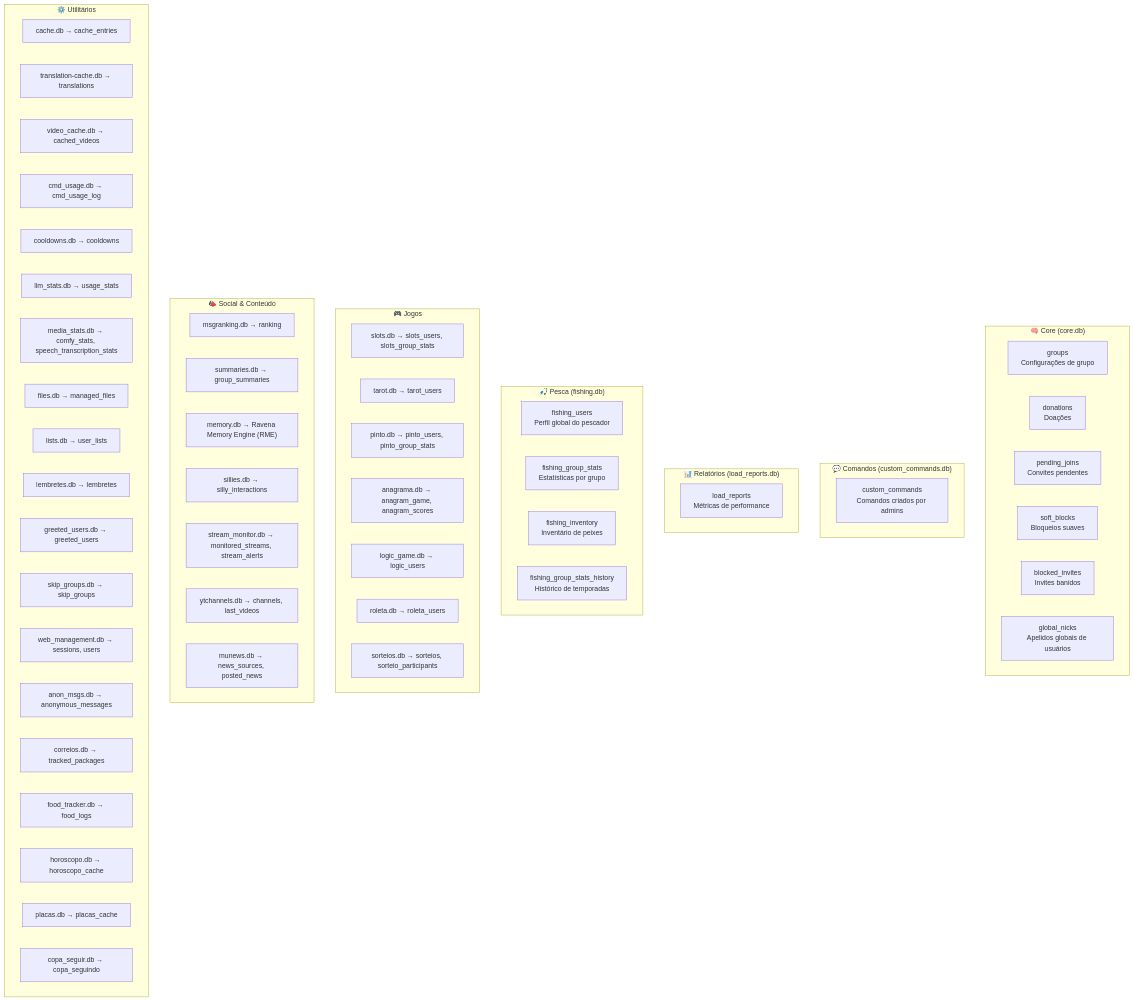
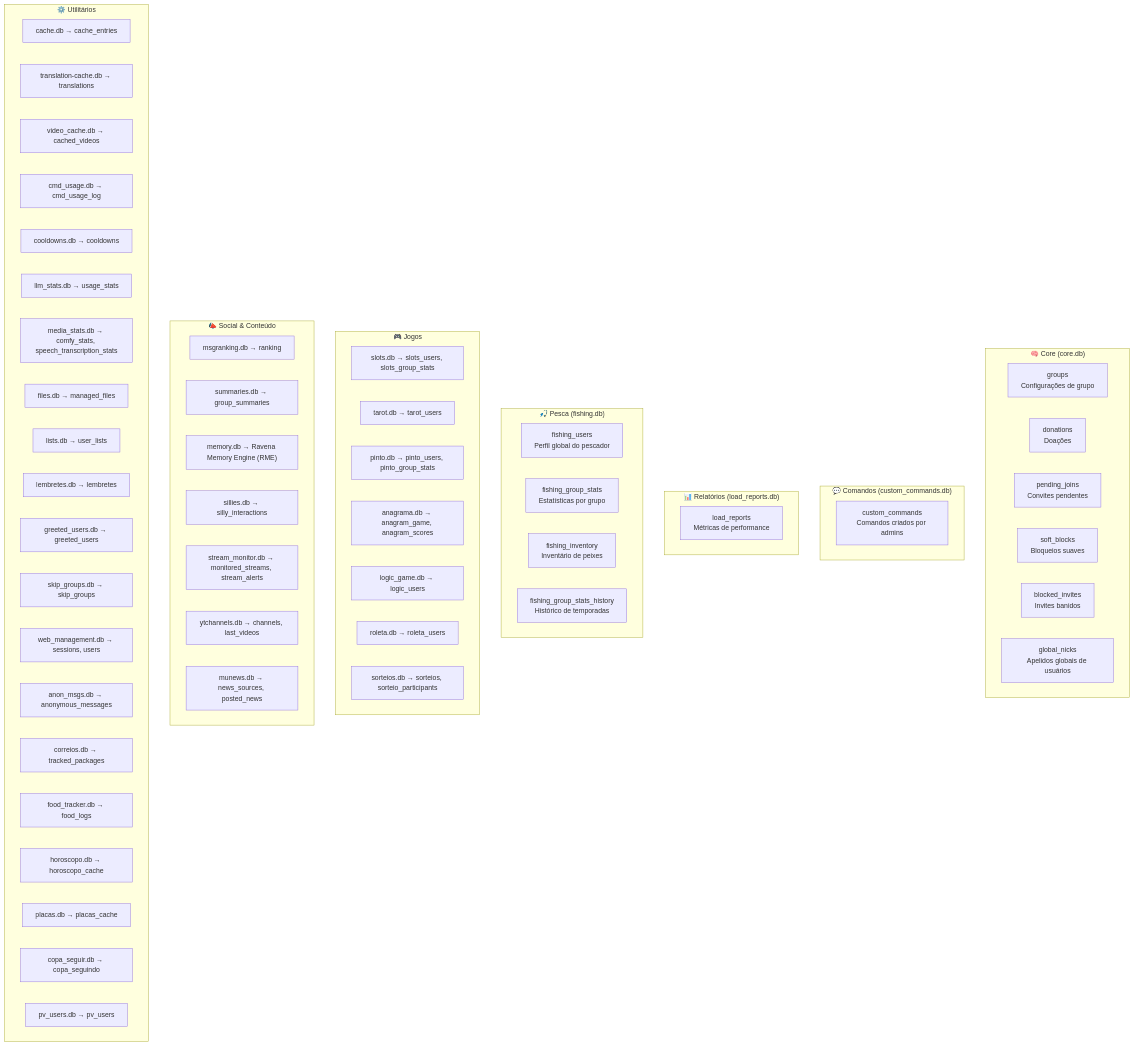
The diagram in DATABASE_TABLES.md (moothz/ravena-ai), drawn with Mermaid before and after one commit. The commit also changed other lines of this file and 14 other files, not shown here.

````diff
--- a/DATABASE_TABLES.md
+++ b/DATABASE_TABLES.md
@@ -10,68 +10,69 @@
 ```mermaid
 graph TD
     subgraph CORE ["🧠 Core (core.db)"]
         groups["groups\nConfigurações de grupo"]
         donations["donations\nDoações"]
         pending_joins["pending_joins\nConvites pendentes"]
         soft_blocks["soft_blocks\nBloqueios suaves"]
         blocked_invites["blocked_invites\nInvites banidos"]
         global_nicks["global_nicks\nApelidos globais de usuários"]
     end
 
     subgraph CMDS ["💬 Comandos (custom_commands.db)"]
         custom_commands["custom_commands\nComandos criados por admins"]
     end
 
     subgraph REPORTS ["📊 Relatórios (load_reports.db)"]
         load_reports["load_reports\nMétricas de performance"]
     end
 
     subgraph FISHING ["🎣 Pesca (fishing.db)"]
         fishing_users["fishing_users\nPerfil global do pescador"]
         fishing_group_stats["fishing_group_stats\nEstatísticas por grupo"]
         fishing_inventory["fishing_inventory\nInventário de peixes"]
         fishing_group_stats_history["fishing_group_stats_history\nHistórico de temporadas"]
     end
 
     subgraph GAMES ["🎮 Jogos"]
         slots["slots.db → slots_users, slots_group_stats"]
         tarot["tarot.db → tarot_users"]
         pinto["pinto.db → pinto_users, pinto_group_stats"]
         anagram["anagrama.db → anagram_game, anagram_scores"]
         logic["logic_game.db → logic_users"]
         roleta["roleta.db → roleta_users"]
         sorteios["sorteios.db → sorteios, sorteio_participants"]
     end
 
     subgraph SOCIAL ["📣 Social & Conteúdo"]
         ranking["msgranking.db → ranking"]
         summaries["summaries.db → group_summaries"]
         memory["memory.db → Ravena Memory Engine (RME)"]
         sillies["sillies.db → silly_interactions"]
         stream["stream_monitor.db → monitored_streams, stream_alerts"]
         ytchannels["ytchannels.db → channels, last_videos"]
         munews["munews.db → news_sources, posted_news"]
     end
 
     subgraph UTILS ["⚙️ Utilitários"]
         cache["cache.db → cache_entries"]
         translation_cache["translation-cache.db → translations"]
         video_cache["video_cache.db → cached_videos"]
         cmd_usage["cmd_usage.db → cmd_usage_log"]
         cooldowns["cooldowns.db → cooldowns"]
         llm_stats["llm_stats.db → usage_stats"]
         media_stats["media_stats.db → comfy_stats, speech_transcription_stats"]
         files["files.db → managed_files"]
         lists["lists.db → user_lists"]
         lembretes["lembretes.db → lembretes"]
         greeted["greeted_users.db → greeted_users"]
         skip_groups["skip_groups.db → skip_groups"]
         web_mgmt["web_management.db → sessions, users"]
         anon_msgs["anon_msgs.db → anonymous_messages"]
         correios["correios.db → tracked_packages"]
         food_tracker["food_tracker.db → food_logs"]
         horoscopo["horoscopo.db → horoscopo_cache"]
         placas["placas.db → placas_cache"]
         copa_seguir["copa_seguir.db → copa_seguindo"]
+        pv_users["pv_users.db → pv_users"]
     end
 ```
````
